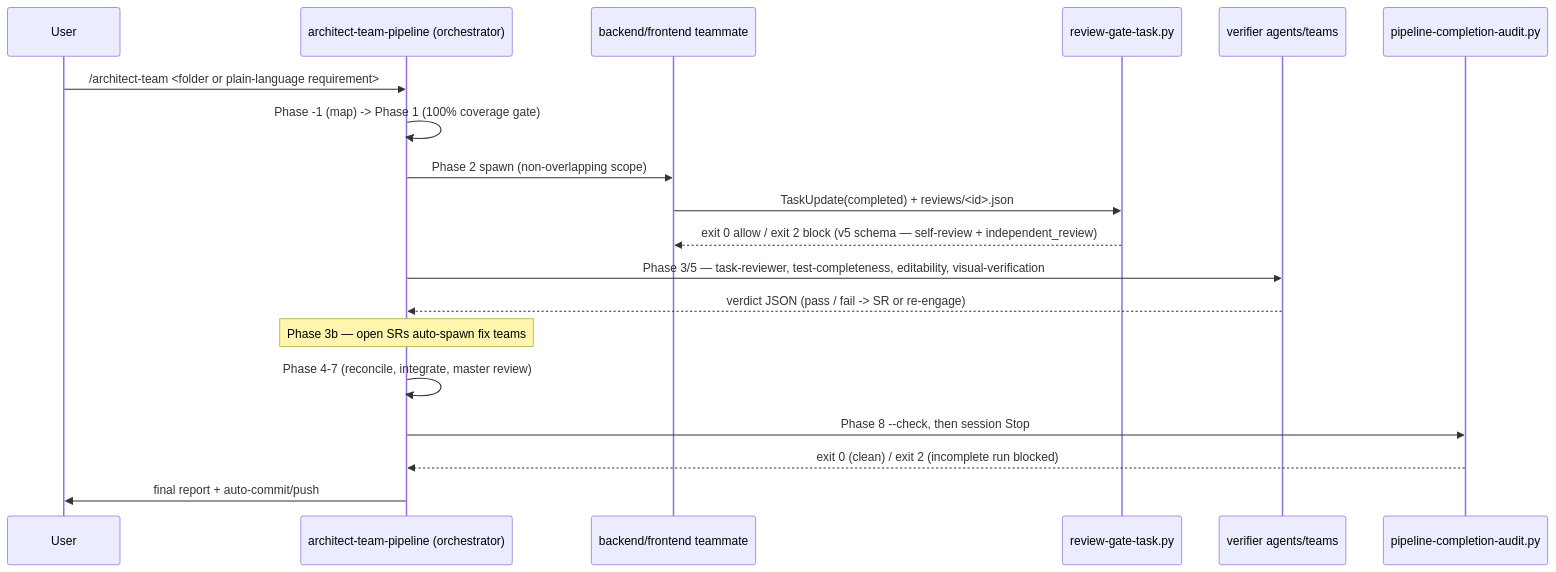
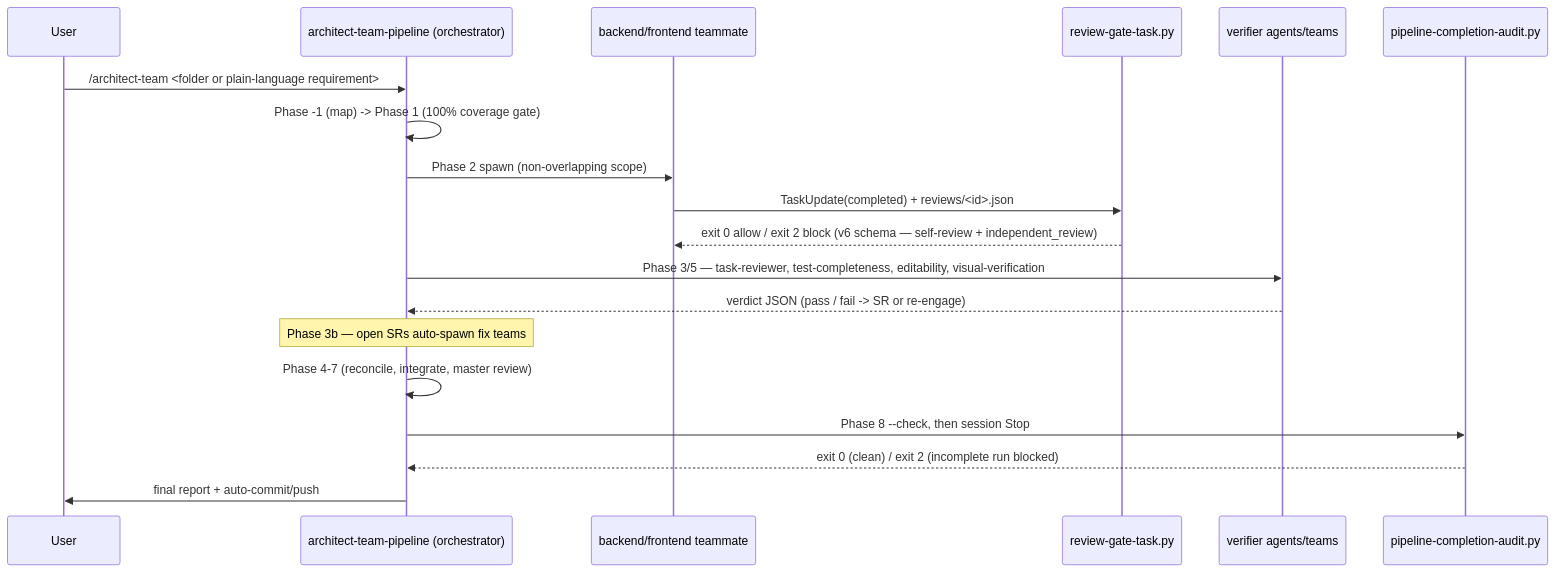
The second of 2 diagrams in docs/CODEBASE_MAP.md (paulingram/claude-skills), drawn with Mermaid before and after one commit. The commit also changed other lines of this file and 36 other files, not shown here.

````diff
--- a/docs/CODEBASE_MAP.md
+++ b/docs/CODEBASE_MAP.md
@@ -191,22 +195,22 @@
 ```mermaid
 sequenceDiagram
     participant User
     participant Orch as architect-team-pipeline (orchestrator)
     participant Team as backend/frontend teammate
     participant Gate as review-gate-task.py
     participant Verif as verifier agents/teams
     participant Stop as pipeline-completion-audit.py
 
     User->>Orch: /architect-team <folder or plain-language requirement>
     Orch->>Orch: Phase -1 (map) -> Phase 1 (100% coverage gate)
     Orch->>Team: Phase 2 spawn (non-overlapping scope)
     Team->>Gate: TaskUpdate(completed) + reviews/<id>.json
-    Gate-->>Team: exit 0 allow / exit 2 block (v5 schema — self-review + independent_review)
+    Gate-->>Team: exit 0 allow / exit 2 block (v6 schema — self-review + independent_review)
     Orch->>Verif: Phase 3/5 — task-reviewer, test-completeness, editability, visual-verification
     Verif-->>Orch: verdict JSON (pass / fail -> SR or re-engage)
     Note over Orch: Phase 3b — open SRs auto-spawn fix teams
     Orch->>Orch: Phase 4-7 (reconcile, integrate, master review)
     Orch->>Stop: Phase 8 --check, then session Stop
     Stop-->>Orch: exit 0 (clean) / exit 2 (incomplete run blocked)
     Orch->>User: final report + auto-commit/push
 ```
````
